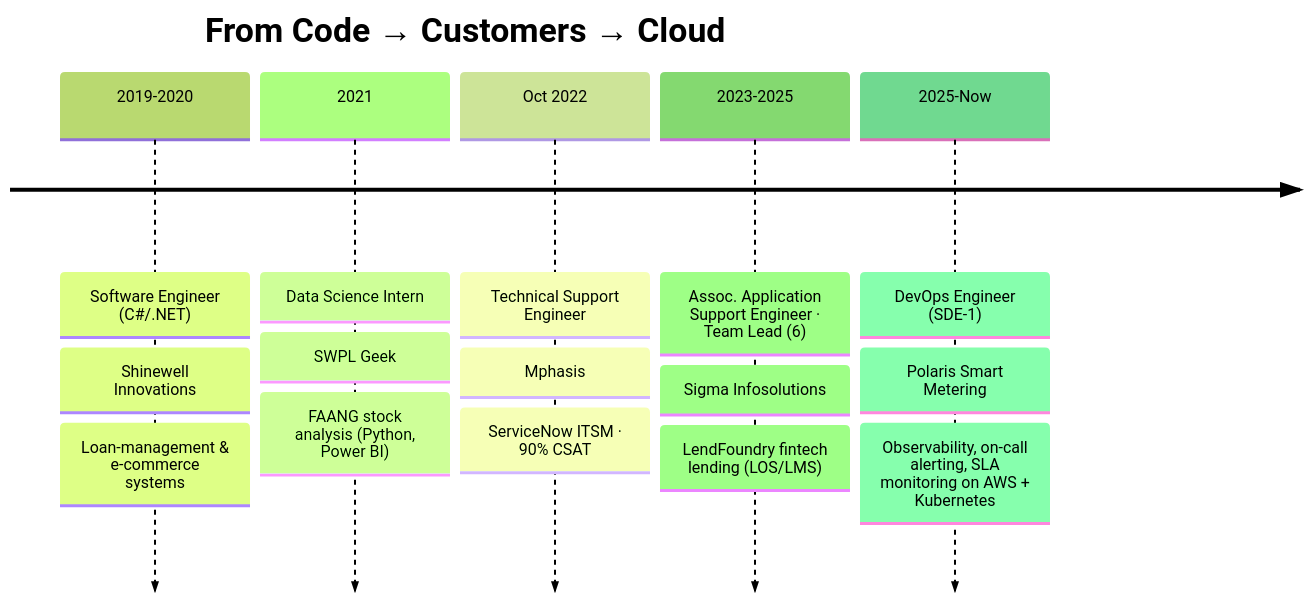
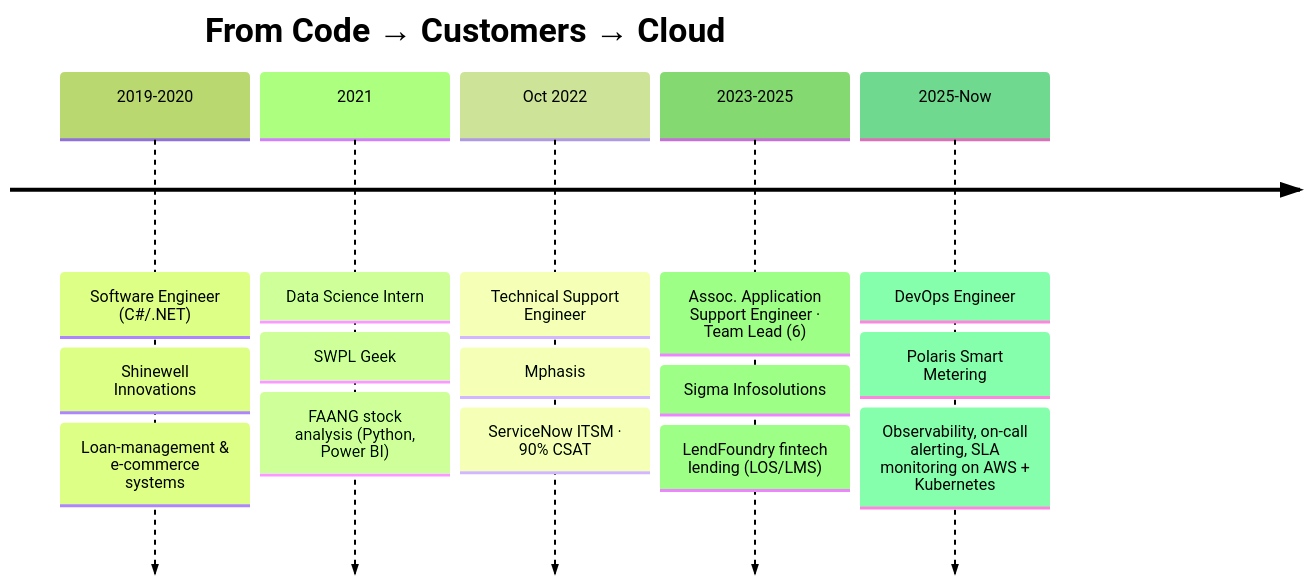
One commit to priyankagupta7679/priyankagupta7679 changed the diagram in README.md. Above: the diagram before and after it, drawn with Mermaid (forest theme). The commit also changed other lines of this file, not shown here.

Commit message:
Remove 'SDE-1' from DevOps Engineer title

````diff
--- a/README.md
+++ b/README.md
@@ -200,19 +200,19 @@
 ```mermaid
 timeline
     title From Code → Customers → Cloud
     2019-2020 : Software Engineer (C#/.NET)
               : Shinewell Innovations
               : Loan-management & e-commerce systems
     2021      : Data Science Intern
               : SWPL Geek
               : FAANG stock analysis (Python, Power BI)
     Oct 2022  : Technical Support Engineer
               : Mphasis
               : ServiceNow ITSM · 90% CSAT
     2023-2025 : Assoc. Application Support Engineer · Team Lead (6)
               : Sigma Infosolutions
               : LendFoundry fintech lending (LOS/LMS)
-    2025-Now  : DevOps Engineer (SDE-1)
+    2025-Now  : DevOps Engineer
               : Polaris Smart Metering
               : Observability, on-call alerting, SLA monitoring on AWS + Kubernetes
 ```
````
